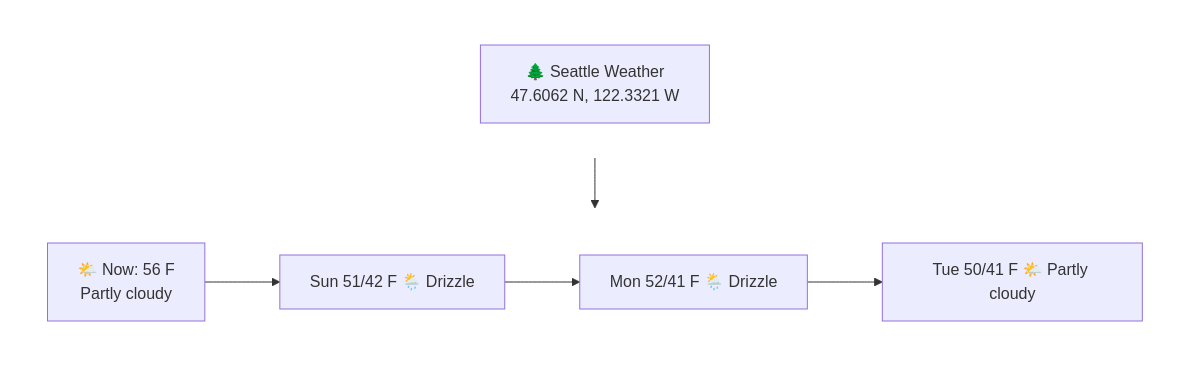
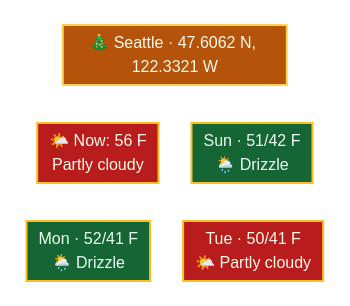
The diagram in README.md (23skdu/23skdu), drawn with Mermaid before and after one commit. The commit also changed 1 other file, not shown here.

Commit message:
Use compact festive 2x2 grid matrix for weather diagram

````diff
--- a/README.md
+++ b/README.md
@@ -2,17 +2,29 @@
 ```mermaid
+%%{init: {'flowchart': {'nodeSpacing': 10, 'rankSpacing': 8, 'padding': 6}}}%%
 flowchart TB
     subgraph top[" "]
-        T["🌲 Seattle Weather\n47.6062 N, 122.3321 W"]
+        T["🎄 Seattle · 47.6062 N, 122.3321 W"]
     end
-    subgraph bottom[" "]
+    subgraph r1[" "]
         direction LR
         N["🌤️ Now: 56 F\nPartly cloudy"]
-        D1["Sun 51/42 F 🌦️ Drizzle"]
-        D2["Mon 52/41 F 🌦️ Drizzle"]
-        D3["Tue 50/41 F 🌤️ Partly cloudy"]
-        N --> D1 --> D2 --> D3
+        D1["Sun · 51/42 F\n🌦️ Drizzle"]
+        N ~~~ D1
     end
-    top --> bottom
+    subgraph r2[" "]
+        direction LR
+        D2["Mon · 52/41 F\n🌦️ Drizzle"]
+        D3["Tue · 50/41 F\n🌤️ Partly cloudy"]
+        D2 ~~~ D3
+    end
+    top ~~~ r1 ~~~ r2
+    classDef hdr fill:#B45309,stroke:#FCD34D,stroke-width:2px,color:#FFFBEB
+    classDef red fill:#B91C1C,stroke:#FBBF24,stroke-width:2px,color:#FFFBEB
+    classDef grn fill:#166534,stroke:#FBBF24,stroke-width:2px,color:#ECFDF5
+    class T hdr
+    class N,D3 red
+    class D1,D2 grn
     style top fill:none,stroke:none
-    style bottom fill:none,stroke:none
+    style r1 fill:none,stroke:none
+    style r2 fill:none,stroke:none
 ```
````
